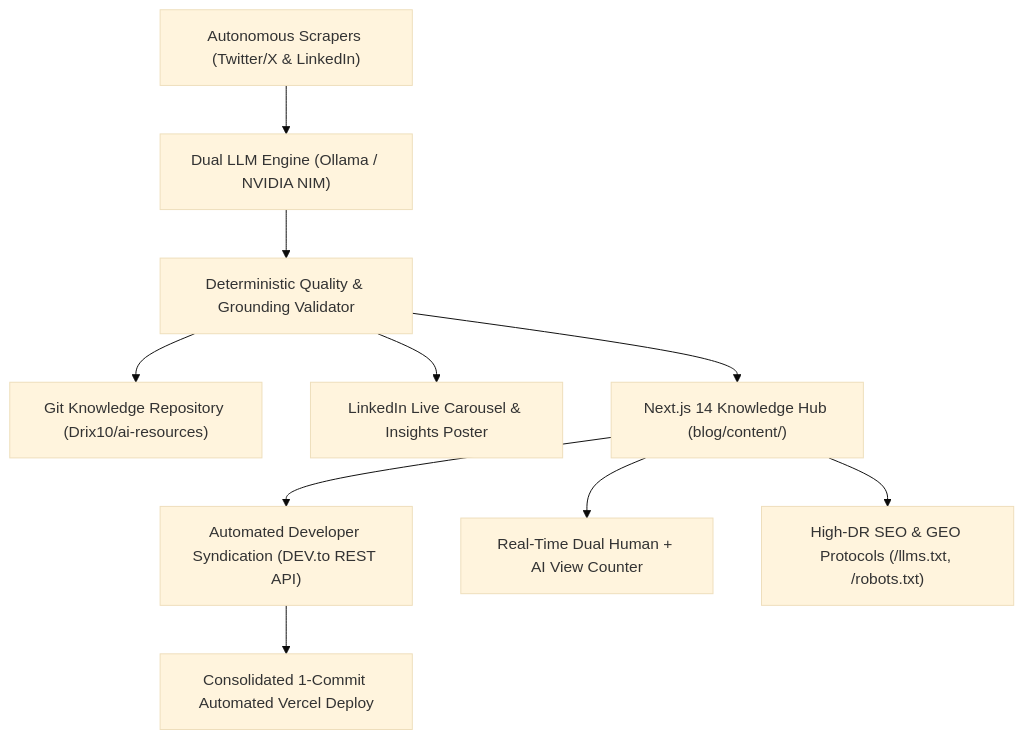
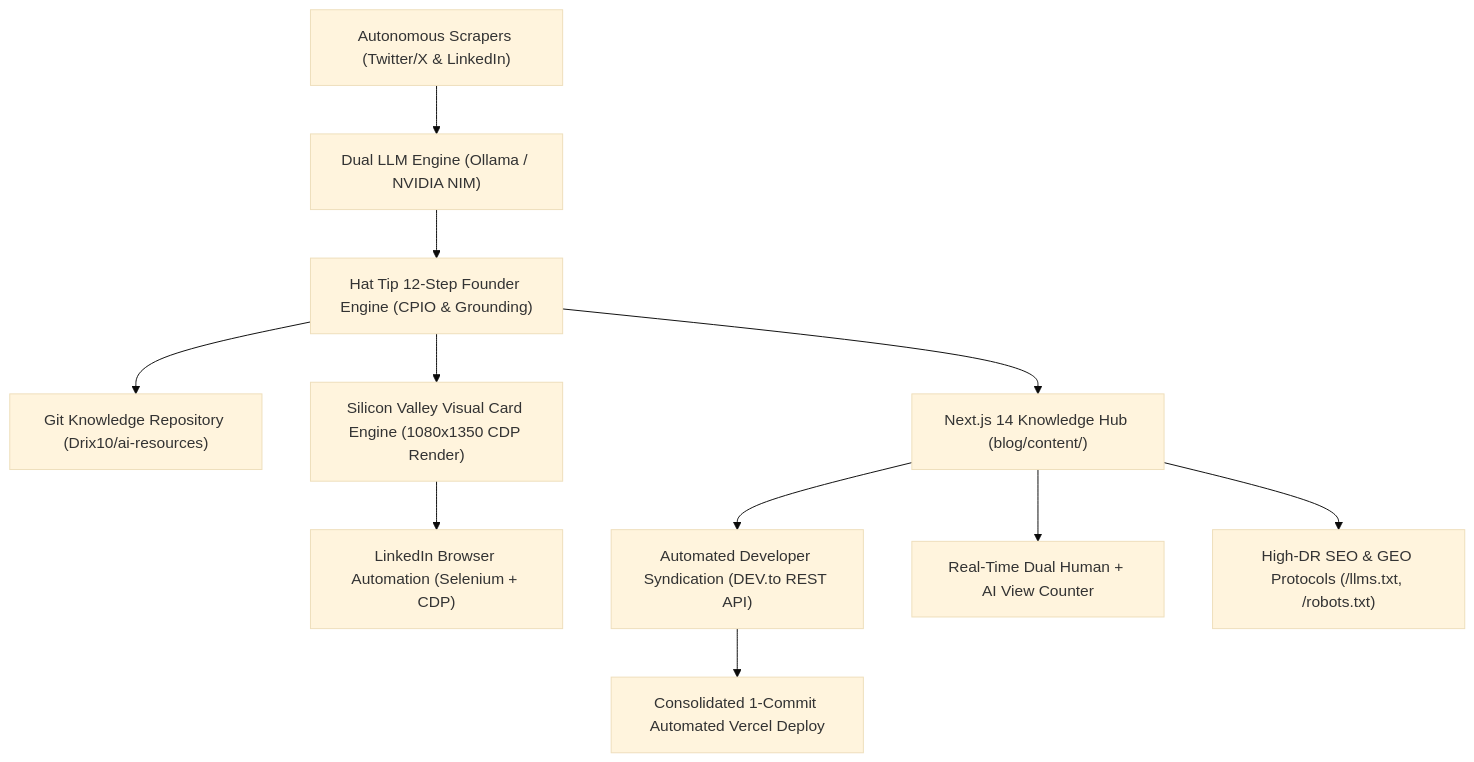
The diagram in README.md (Drix10/ai-resources-pipeline), drawn with Mermaid (base theme) before and after one commit. The commit also changed other lines of this file, not shown here.

Commit message:
docs: update README with Hat Tip founder engine and visual card system

````diff
--- a/README.md
+++ b/README.md
@@ -32,12 +32,13 @@
 ```mermaid
 flowchart TD
     A["Autonomous Scrapers (Twitter/X & LinkedIn)"] --> B["Dual LLM Engine (Ollama / NVIDIA NIM)"]
-    B --> C["Deterministic Quality & Grounding Validator"]
+    B --> C["Hat Tip 12-Step Founder Engine (CPIO & Grounding)"]
     C --> D["Git Knowledge Repository (Drix10/ai-resources)"]
-    C --> E["LinkedIn Live Carousel & Insights Poster"]
-    C --> F["Next.js 14 Knowledge Hub (blog/content/)"]
-    F --> G["Automated Developer Syndication (DEV.to REST API)"]
-    F --> H["Real-Time Dual Human + AI View Counter"]
-    F --> I["High-DR SEO & GEO Protocols (/llms.txt, /robots.txt)"]
-    G --> J["Consolidated 1-Commit Automated Vercel Deploy"]
+    C --> E["Silicon Valley Visual Card Engine (1080x1350 CDP Render)"]
+    E --> F["LinkedIn Browser Automation (Selenium + CDP)"]
+    C --> G["Next.js 14 Knowledge Hub (blog/content/)"]
+    G --> H["Automated Developer Syndication (DEV.to REST API)"]
+    G --> I["Real-Time Dual Human + AI View Counter"]
+    G --> J["High-DR SEO & GEO Protocols (/llms.txt, /robots.txt)"]
+    H --> K["Consolidated 1-Commit Automated Vercel Deploy"]
 ```
````
